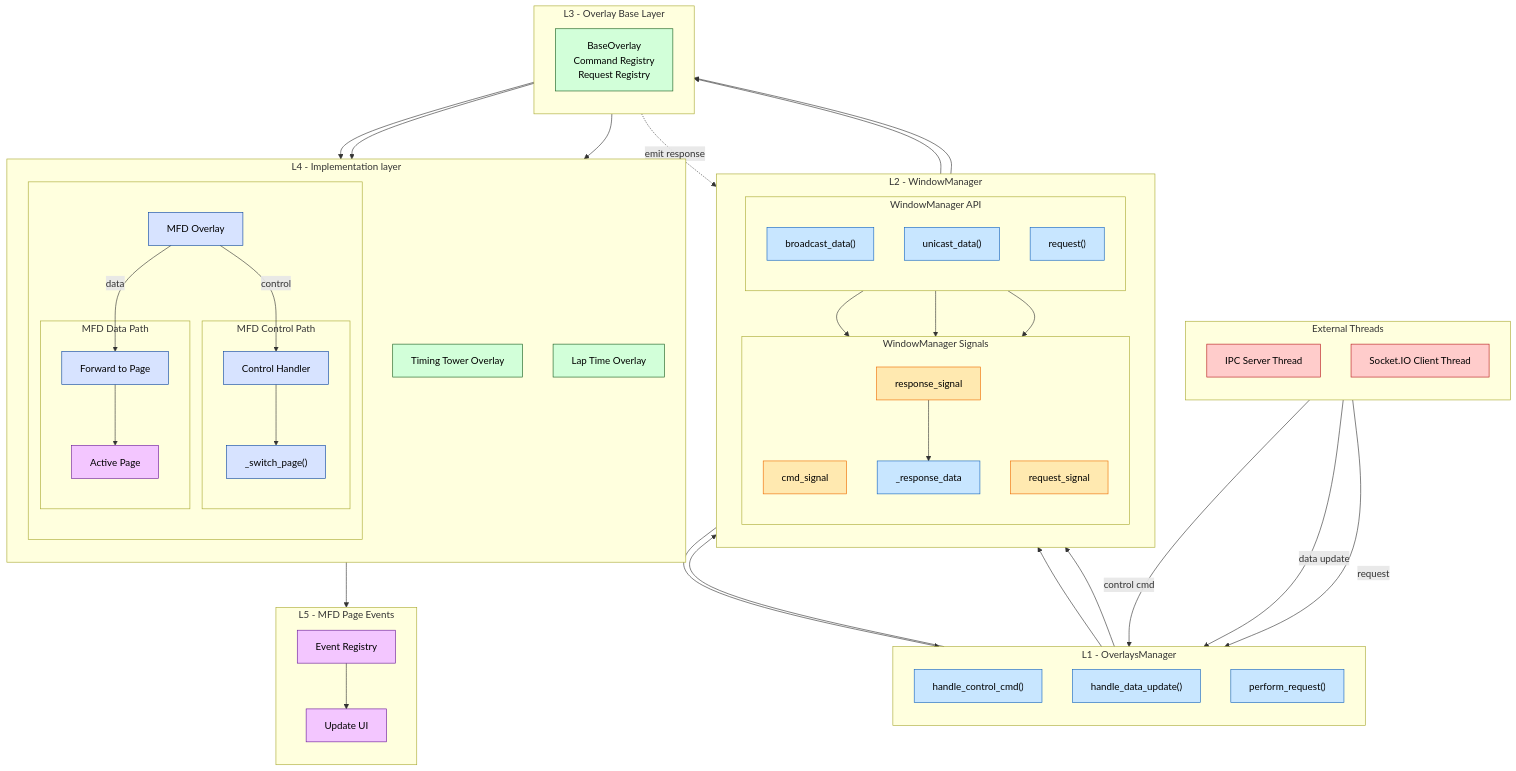
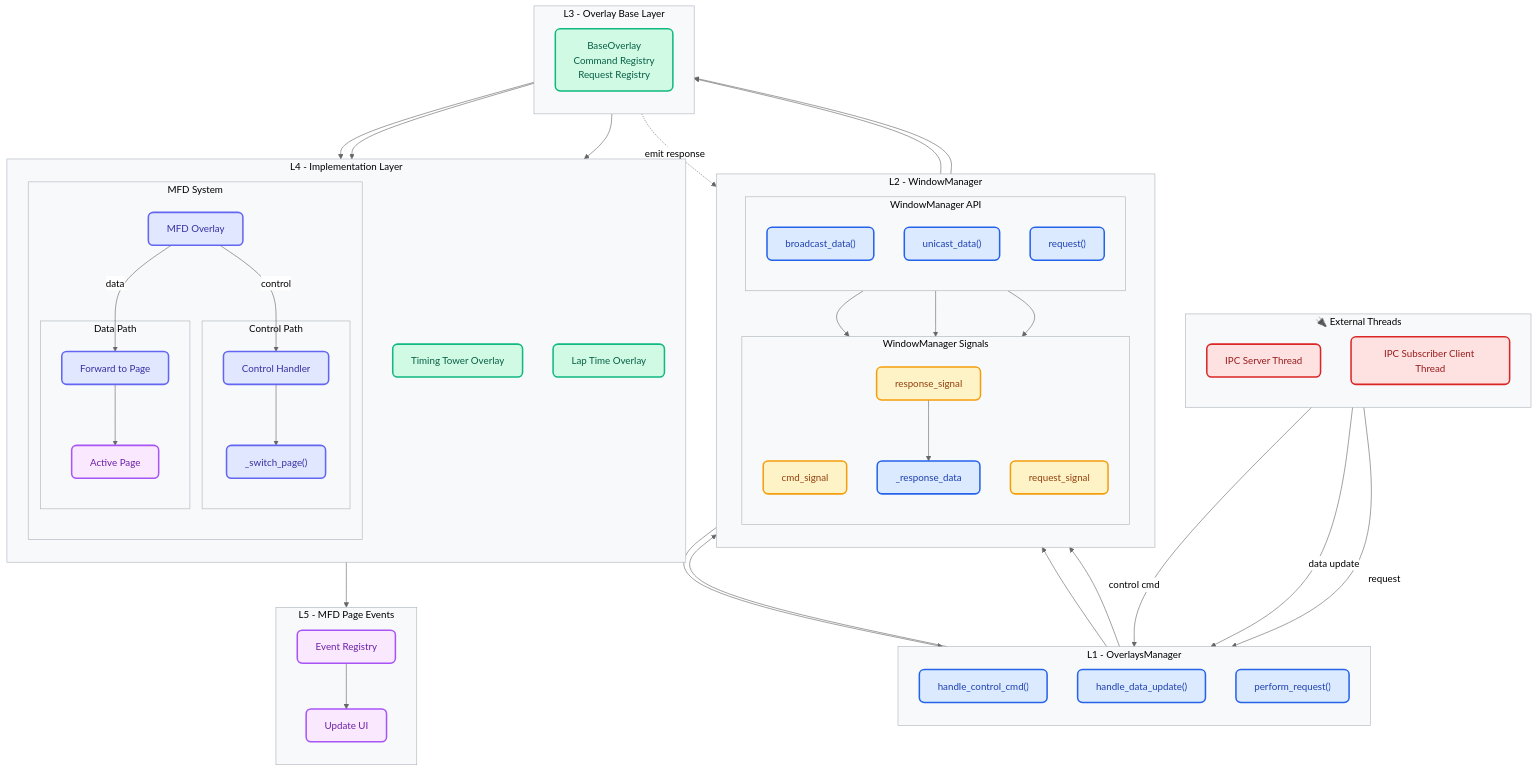
Before and after one commit to kmransom56/pitsngiggles-mcp-integration: the diagram in docs/hud-arch.mmd, drawn with Mermaid. The commit also changed 80 other files, not shown here.

```diff
--- a/docs/hud-arch.mmd
+++ b/docs/hud-arch.mmd
@@ -1,114 +1,115 @@
+%%{init: {'theme':'base', 'themeVariables': { 'primaryColor':'#fff','primaryTextColor':'#000','primaryBorderColor':'#999','lineColor':'#666','secondaryColor':'#f9f9f9','tertiaryColor':'#fff','background':'#ffffff','mainBkg':'#ffffff','clusterBkg':'#f8f9fa','clusterBorder':'#adb5bd','edgeLabelBackground':'#ffffff'}}}%%
+
 graph TD
 
-subgraph EXT["External Threads"]
+subgraph EXT["🔌 External Threads"]
     direction TB
     IPC["IPC Server Thread"]
-    SIO["Socket.IO Client Thread"]
+    SUB["IPC Subscriber Client Thread"]
 end
 
 subgraph OM["L1 - OverlaysManager"]
     direction TB
     OM_Cmd["handle_control_cmd()"]
     OM_Data["handle_data_update()"]
     OM_Req["perform_request()"]
 end
 
 subgraph WMALL["L2 - WindowManager"]
     direction TB
     subgraph WM["WindowManager API"]
         direction TB
         API_BC["broadcast_data()"]
         API_UC["unicast_data()"]
         API_REQ["request()"]
     end
 
     subgraph WMSIG["WindowManager Signals"]
         direction TB
         Sig_CMD["cmd_signal"]
         Sig_REQ["request_signal"]
         Sig_RESP["response_signal"]
         RespStore["_response_data"]
     end
 end
 
 subgraph BASE["L3 - Overlay Base Layer"]
     direction TB
     BaseOverlay["BaseOverlay<br/>Command Registry<br/>Request Registry"]
 end
 
-subgraph OVERLAYS["L4 - Implementation layer"]
+subgraph OVERLAYS["L4 - Implementation Layer"]
     direction TB
     TimingTowerOverlay["Timing Tower Overlay"]
     LapTimeOverlay["Lap Time Overlay"]
 
-    subgraph MFD[" "]
+    subgraph MFD["MFD System"]
         direction TB
         MFDCommandRouter["MFD Overlay"]
-        subgraph MFDCTRL["MFD Control Path"]
+        subgraph MFDCTRL["Control Path"]
             MFDHandlers["Control Handler"]
             SwitchPage["_switch_page()"]
         end
 
-        subgraph MFDDATA["MFD Data Path"]
+        subgraph MFDDATA["Data Path"]
             ForwardData["Forward to Page"]
             ActivePage["Active Page"]
         end
     end
 end
-
 
 subgraph PAGES["L5 - MFD Page Events"]
     direction TB
     PageReg["Event Registry"]
     UpdateUI["Update UI"]
 end
 
 %% ========= Top-Down Flows =========
 IPC -->|control cmd| OM_Cmd
-SIO -->|data update| OM_Data
+SUB -->|data update| OM_Data
 IPC -->|request| OM_Req
 
 OM_Cmd --> API_UC
 OM_Data --> API_BC
 OM_Req --> API_REQ
 
 API_BC --> Sig_CMD
 API_UC --> Sig_CMD
 API_REQ --> Sig_REQ
 
 Sig_CMD --> BaseOverlay
 Sig_REQ --> BaseOverlay
 
 BaseOverlay --> TimingTowerOverlay
 BaseOverlay --> LapTimeOverlay
 BaseOverlay --> MFDCommandRouter
 
 %% Response path (upward dotted)
 BaseOverlay -.->|emit response| Sig_RESP
 Sig_RESP --> RespStore
 RespStore --> OM_Req
 
 %% MFD-specific flows
 MFDCommandRouter -->|control| MFDHandlers
 MFDCommandRouter -->|data| ForwardData
 
 MFDHandlers --> SwitchPage
 ForwardData --> ActivePage
 
 ActivePage --> PageReg
 PageReg --> UpdateUI
 
-%% ========= Styles =========
-classDef thread fill:#ffcccb,stroke:#b71c1c,color:#000,stroke-width:1px
-classDef manager fill:#c8e6ff,stroke:#1565c0,color:#000,stroke-width:1px
-classDef overlay fill:#d2ffd9,stroke:#1b5e20,color:#000,stroke-width:1px
-classDef special fill:#d7e3ff,stroke:#0d47a1,color:#000,stroke-width:1px
-classDef signal fill:#ffe9b0,stroke:#ef6c00,color:#000,stroke-width:1px
-classDef page fill:#f3c6ff,stroke:#6a1b9a,color:#000,stroke-width:1px
+%% ========= Light Theme Styles =========
+classDef thread fill:#fee2e2,stroke:#dc2626,color:#991b1b,stroke-width:2.5px,rx:8
+classDef manager fill:#dbeafe,stroke:#2563eb,color:#1e40af,stroke-width:2.5px,rx:8
+classDef signal fill:#fef3c7,stroke:#f59e0b,color:#92400e,stroke-width:2.5px,rx:8
+classDef overlay fill:#d1fae5,stroke:#10b981,color:#065f46,stroke-width:2.5px,rx:8
+classDef special fill:#e0e7ff,stroke:#6366f1,color:#3730a3,stroke-width:2.5px,rx:8
+classDef page fill:#fae8ff,stroke:#a855f7,color:#6b21a8,stroke-width:2.5px,rx:8
 
-class IPC,SIO thread
+class IPC,SUB thread
 class OM_Cmd,OM_Data,OM_Req,API_BC,API_UC,API_REQ,RespStore manager
 class Sig_CMD,Sig_REQ,Sig_RESP signal
 class BaseOverlay,TimingTowerOverlay,LapTimeOverlay overlay
 class MFDCommandRouter,MFDHandlers,SwitchPage,ForwardData special
 class ActivePage,PageReg,UpdateUI page
```
